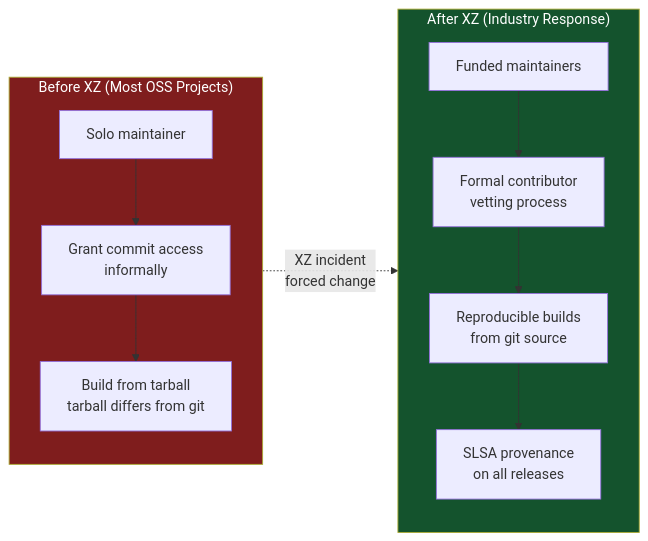
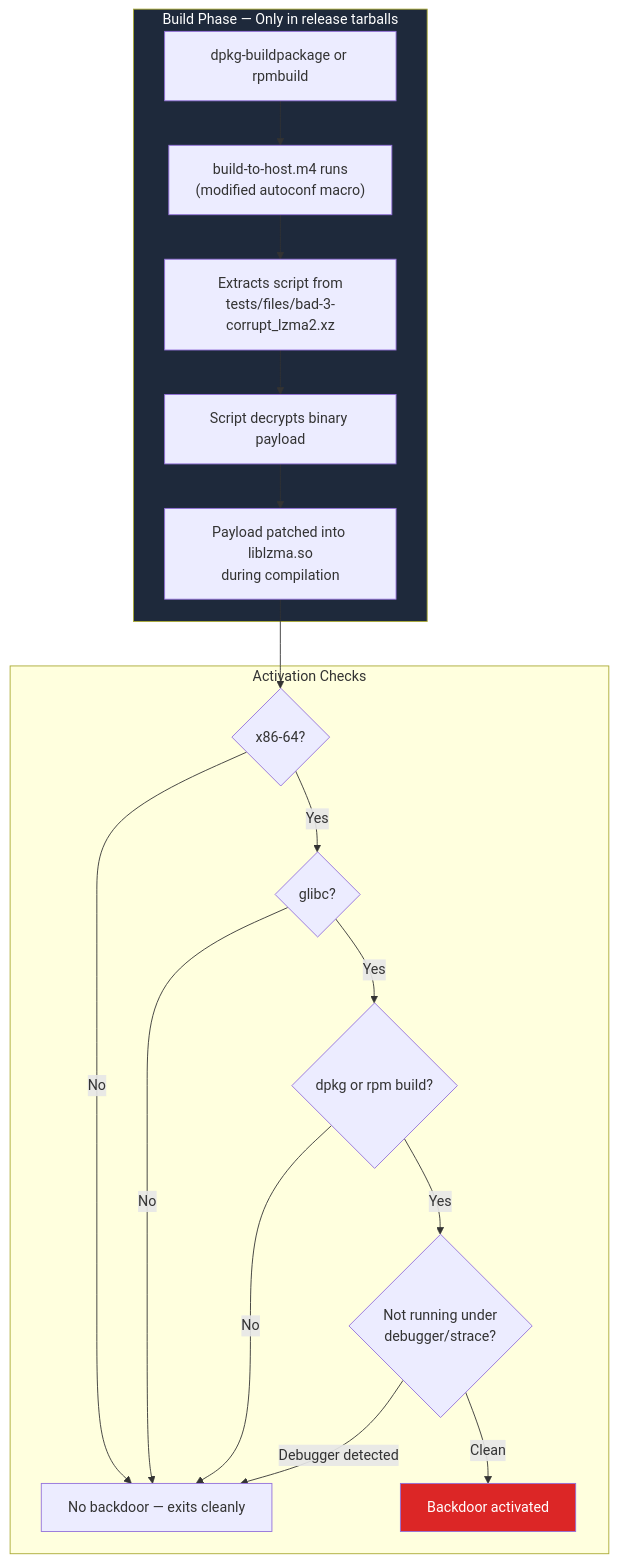
Before and after one commit to ayush-jadaun/knowledge-vault: the third of 4 diagrams in docs/security/exploits/xz-backdoor-2024.md, drawn with Mermaid. The commit also changed other lines of this file and 8 other files, not shown here.

````diff
--- a/docs/security/exploits/xz-backdoor-2024.md
+++ b/docs/security/exploits/xz-backdoor-2024.md
@@ -197,18 +185,24 @@
 ```mermaid
-flowchart LR
-    subgraph Before["Before XZ (Most OSS Projects)"]
-        A[Solo maintainer] --> B[Grant commit access<br/>informally]
-        B --> C[Build from tarball<br/>tarball differs from git]
+flowchart TB
+    subgraph Build["Build Phase — Only in release tarballs"]
+        A["dpkg-buildpackage or rpmbuild"] --> B["build-to-host.m4 runs<br/>(modified autoconf macro)"]
+        B --> C["Extracts script from<br/>tests/files/bad-3-corrupt_lzma2.xz"]
+        C --> D["Script decrypts binary payload"]
+        D --> E["Payload patched into liblzma.so<br/>during compilation"]
     end
 
-    subgraph After["After XZ (Industry Response)"]
-        D[Funded maintainers] --> E[Formal contributor<br/>vetting process]
-        E --> F[Reproducible builds<br/>from git source]
-        F --> G[SLSA provenance<br/>on all releases]
+    subgraph Checks["Activation Checks"]
+        E --> F{"x86-64?"}
+        F -->|No| G["No backdoor — exits cleanly"]
+        F -->|Yes| H{"glibc?"}
+        H -->|No| G
+        H -->|Yes| I{"dpkg or rpm build?"}
+        I -->|No| G
+        I -->|Yes| J{"Not running under<br/>debugger/strace?"}
+        J -->|Debugger detected| G
+        J -->|Clean| K["Backdoor activated"]
     end
 
-    Before -.->|XZ incident<br/>forced change| After
-
-    style Before fill:#7f1d1d,color:#fff
-    style After fill:#14532d,color:#fff
+    style Build fill:#1e293b,color:#fff
+    style K fill:#dc2626,color:#fff
 ```
````
